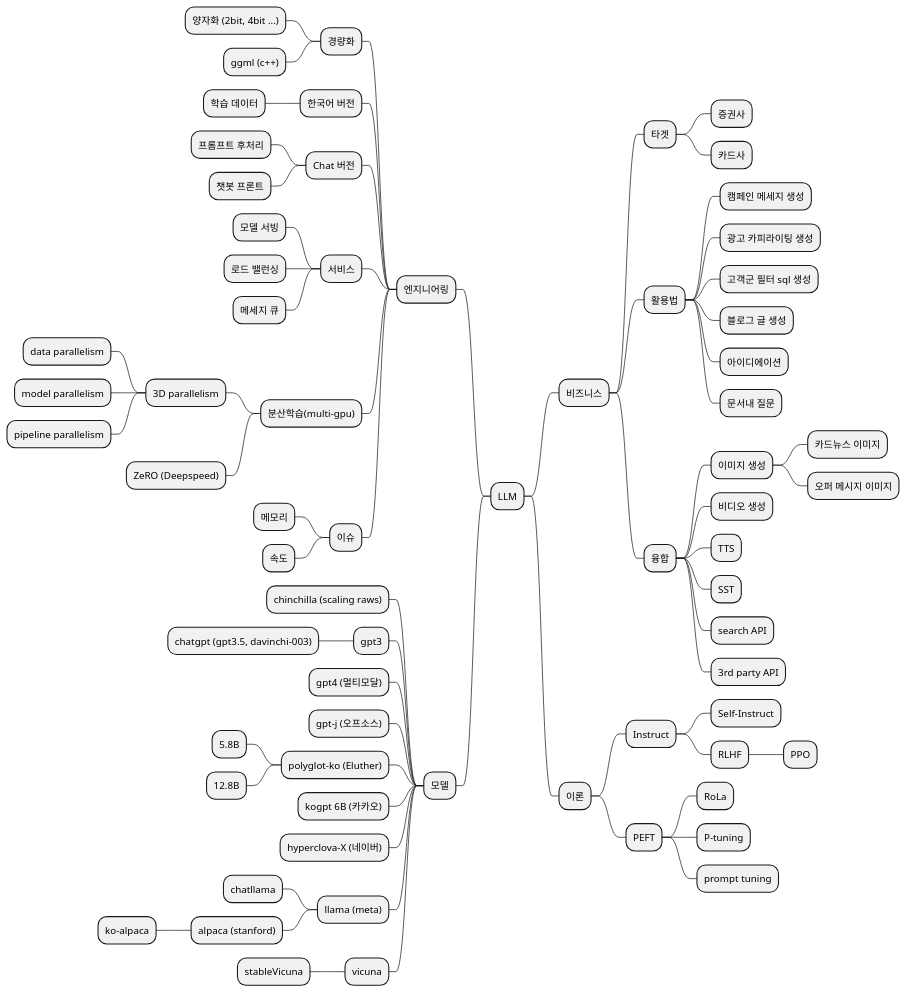
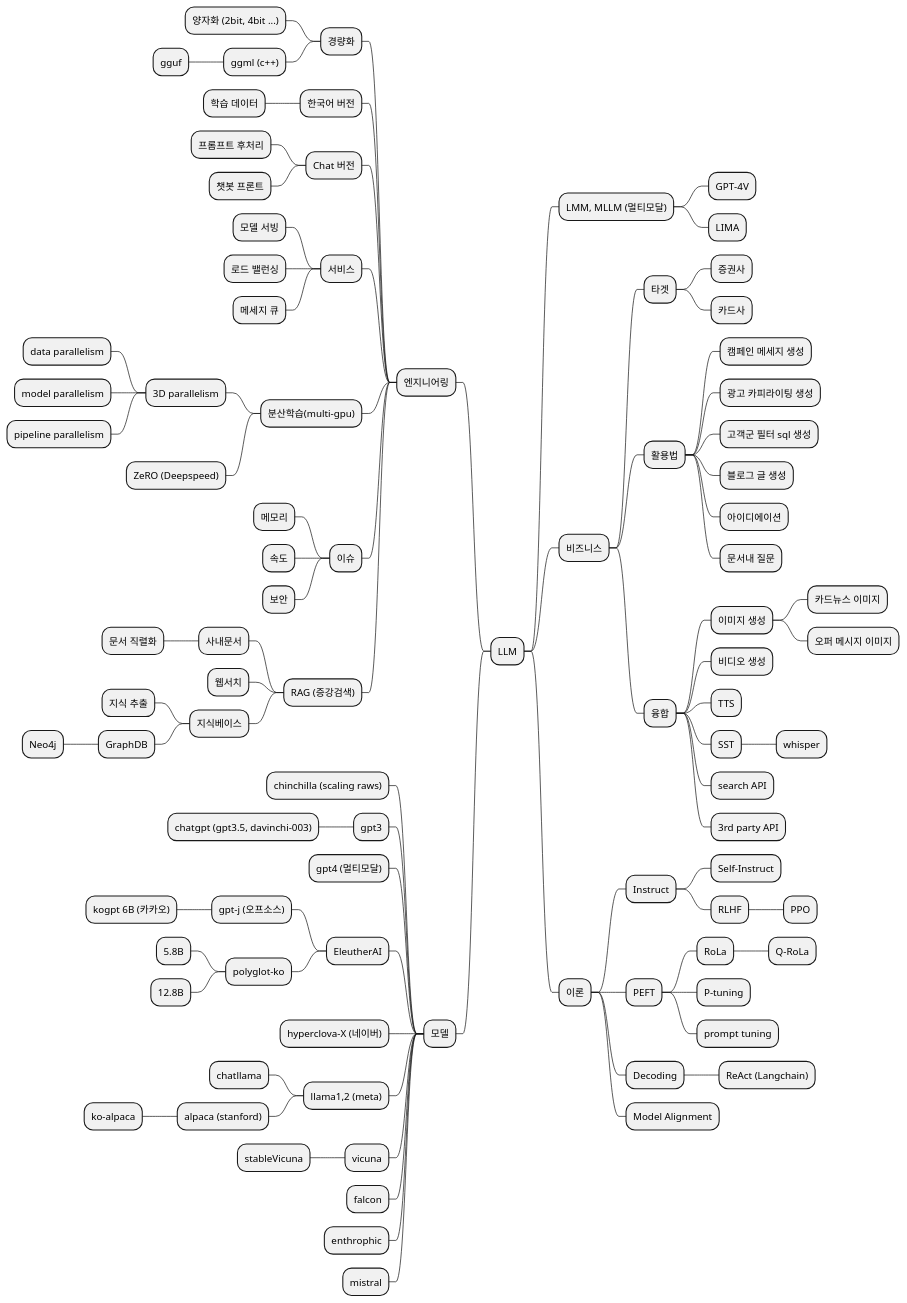
The diagram in mindmap-todo.pu (cockroach54/kogpt), drawn with PlantUML before and after one commit. The commit also changed 5 other files, not shown here.

```diff
--- a/mindmap-todo.pu
+++ b/mindmap-todo.pu
@@ -1,76 +1,99 @@
 @startmindmap
 + LLM
+++ LMM, MLLM (멀티모달)
++++ GPT-4V
++++ LIMA
 -- 엔지니어링
 --- 경량화
 ---- 양자화 (2bit, 4bit ...)
 ---- ggml (c++)
+----- gguf
 --- 한국어 버전
 ---- 학습 데이터
 --- Chat 버전
 ---- 프롬프트 후처리
 ---- 챗봇 프론트
 --- 서비스
 ---- 모델 서빙
 ---- 로드 밸런싱
 ---- 메세지 큐
 --- 분산학습(multi-gpu)
 ---- 3D parallelism
 ----- data parallelism
 ----- model parallelism
 ----- pipeline parallelism
 ---- ZeRO (Deepspeed)
 --- 이슈
 ---- 메모리
 ---- 속도
+---- 보안
+--- RAG (증강검색)
+---- 사내문서
+----- 문서 직렬화
+---- 웹서치
+---- 지식베이스
+----- 지식 추출
+----- GraphDB
+------ Neo4j
 
 -- 모델
 --- chinchilla (scaling raws)
 --- gpt3
 ---- chatgpt (gpt3.5, davinchi-003)
 --- gpt4 (멀티모달)
---- gpt-j (오프소스)
---- polyglot-ko (Eluther)
----- 5.8B
----- 12.8B
---- kogpt 6B (카카오)
+--- EleutherAI
+---- gpt-j (오프소스)
+----- kogpt 6B (카카오)
+---- polyglot-ko
+----- 5.8B
+----- 12.8B
 --- hyperclova-X (네이버)
---- llama (meta)
+--- llama1,2 (meta)
 ---- chatllama
 ---- alpaca (stanford)
 ----- ko-alpaca
 --- vicuna
 ---- stableVicuna
+--- falcon
+--- enthrophic
+--- mistral
+
 
 ++ 비즈니스
 +++ 타겟
 ++++ 증권사
 ++++ 카드사
 +++ 활용법
 ++++ 캠페인 메세지 생성
 ++++ 광고 카피라이팅 생성
 ++++ 고객군 필터 sql 생성
 ++++ 블로그 글 생성
 ++++ 아이디에이션
 ++++ 문서내 질문
 +++ 융합
 ++++ 이미지 생성
 +++++ 카드뉴스 이미지
 +++++ 오퍼 메시지 이미지
 ++++ 비디오 생성
 ++++ TTS
 ++++ SST
++++++ whisper
 ++++ search API
 ++++ 3rd party API
 
 
 ++ 이론
 +++ Instruct
 ++++ Self-Instruct
 ++++ RLHF
 +++++ PPO
 +++ PEFT
 ++++ RoLa
++++++ Q-RoLa
 ++++ P-tuning
 ++++ prompt tuning
++++ Decoding
+++++ ReAct (Langchain)
++++ Model Alignment
 
 @endmindmap
```
